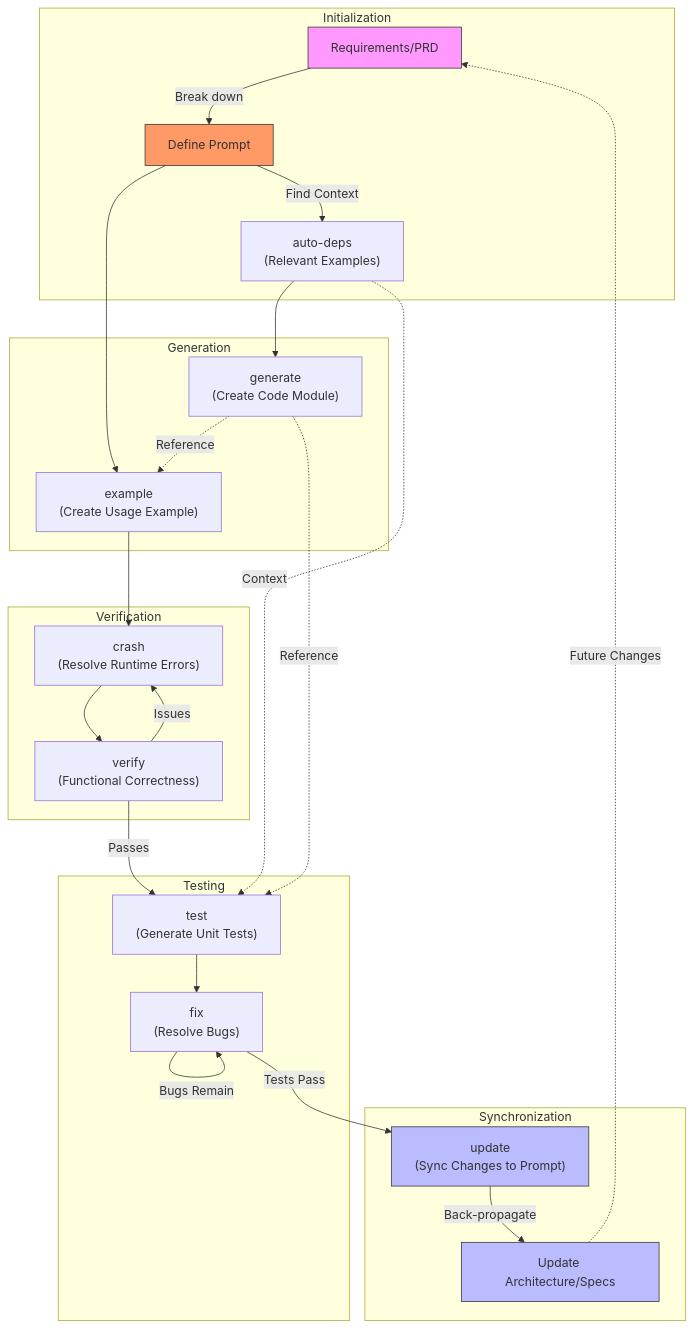
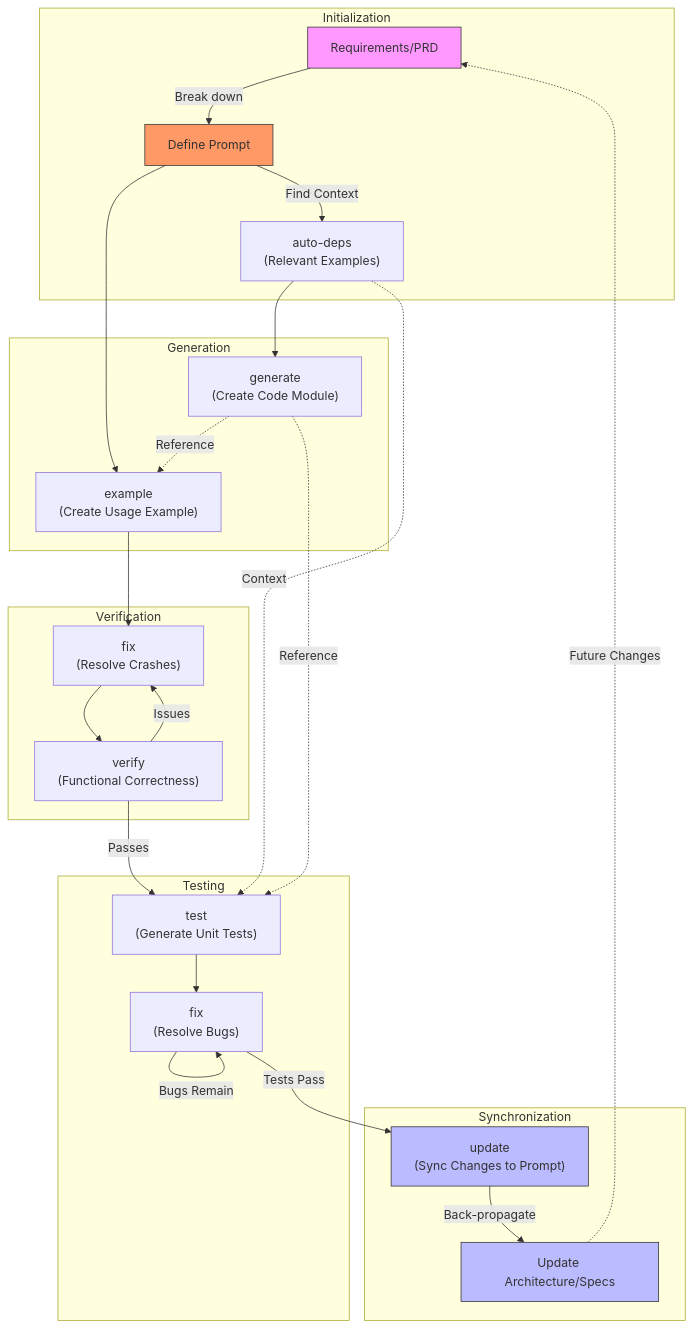
One commit to promptdriven/pdd changed the fourth of 4 diagrams in docs/whitepaper.md. Above: the diagram before and after it, drawn with Mermaid. The commit also changed other lines of this file and 3 other files, not shown here.

````diff
--- a/docs/whitepaper.md
+++ b/docs/whitepaper.md
@@ -180,38 +178,38 @@
 ```mermaid
 flowchart TD
     subgraph Initialization
         A[Requirements/PRD] -->|Break down| B[Define Prompt]
         B -->|Find Context| C["auto-deps\n(Relevant Examples)"]
     end
     
     subgraph Generation
         C --> D["generate\n(Create Code Module)"]
         B --> E["example\n(Create Usage Example)"]
         D -.->|Reference| E
     end
     
     subgraph Verification
-        E --> F["crash\n(Resolve Runtime Errors)"]
+        E --> F["fix\n(Resolve Crashes)"]
         F --> G["verify\n(Functional Correctness)"]
         G -->|Issues| F
     end
     
     subgraph Testing
         G -->|Passes| H["test\n(Generate Unit Tests)"]
         C -.->|Context| H
         D -.->|Reference| H
         H --> I["fix\n(Resolve Bugs)"]
         I -->|Bugs Remain| I
     end
     
     subgraph Synchronization
         I -->|Tests Pass| J["update\n(Sync Changes to Prompt)"]
         J -->|Back-propagate| K["Update Architecture/Specs"]
         K -.->|Future Changes| A
     end
     
     style A fill:#f9f,stroke:#333
     style B fill:#f96,stroke:#333
     style J fill:#bbf,stroke:#333
     style K fill:#bbf,stroke:#333
 ```
````
